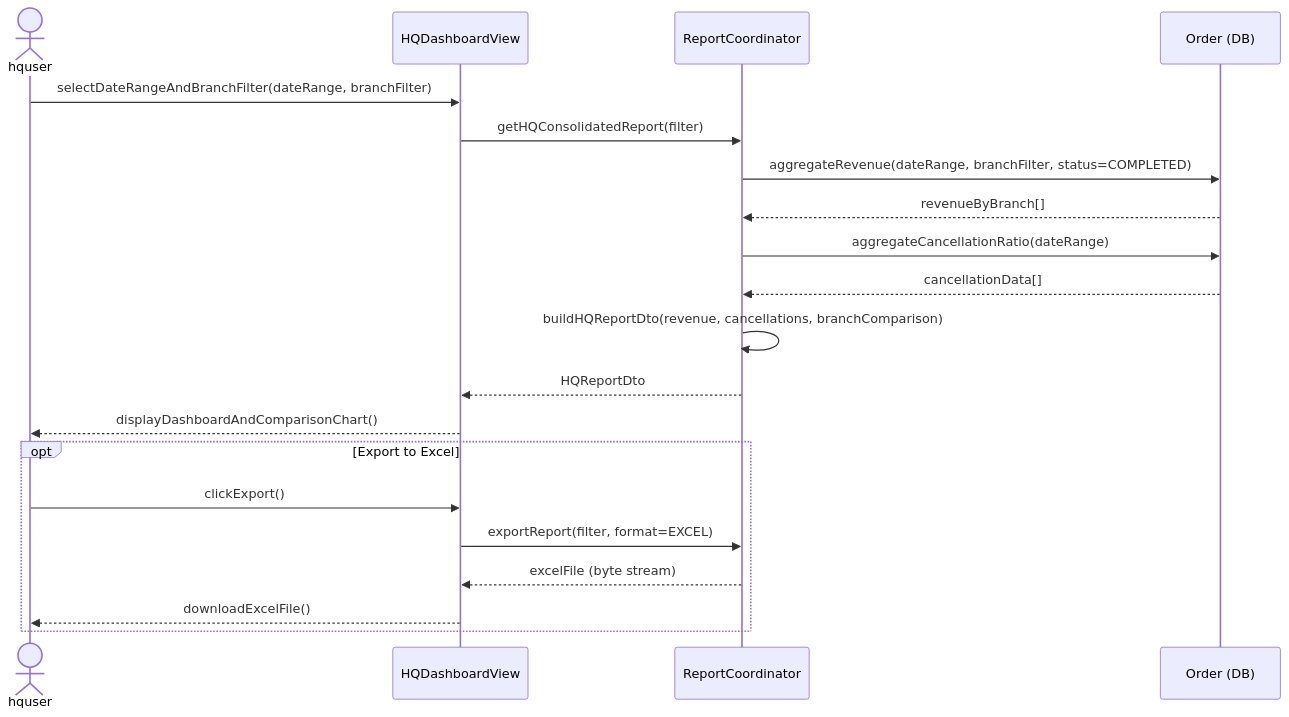
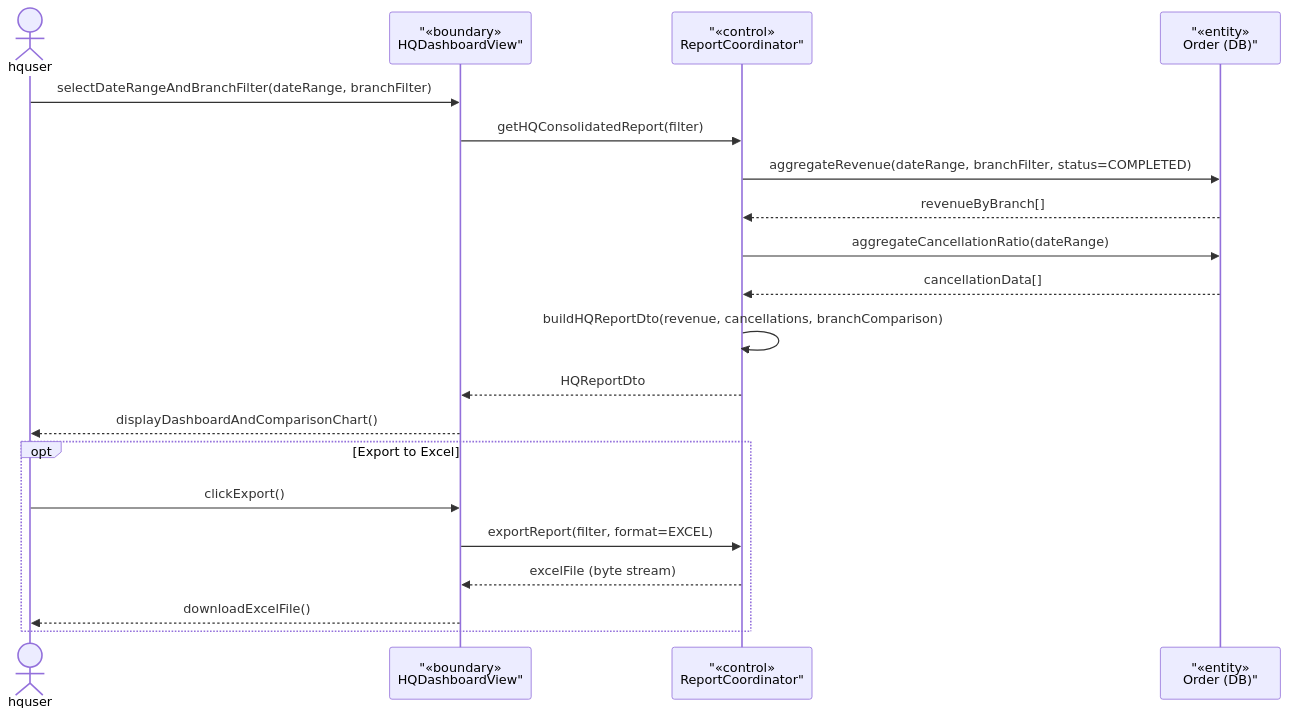
The second of 5 diagrams in rds_sections/13_detailed_3_10_reports.md (Shaichi/Khoga_coffe_shop), drawn with Mermaid before and after one commit. The commit also changed other lines of this file and 13 other files, not shown here.

````diff
--- a/rds_sections/13_detailed_3_10_reports.md
+++ b/rds_sections/13_detailed_3_10_reports.md
@@ -116,24 +116,24 @@
 ```mermaid
 sequenceDiagram
     actor hquser
-    participant HQDash as HQDashboardView
-    participant ReportCoord as ReportCoordinator
-    participant OrderDB as Order (DB)
+participant HQDash as "«boundary»<br/>HQDashboardView"
+participant ReportCoord as "«control»<br/>ReportCoordinator"
+participant OrderDB as "«entity»<br/>Order (DB)"
 
     hquser->>HQDash: selectDateRangeAndBranchFilter(dateRange, branchFilter)
     HQDash->>ReportCoord: getHQConsolidatedReport(filter)
     ReportCoord->>OrderDB: aggregateRevenue(dateRange, branchFilter, status=COMPLETED)
     OrderDB-->>ReportCoord: revenueByBranch[]
     ReportCoord->>OrderDB: aggregateCancellationRatio(dateRange)
     OrderDB-->>ReportCoord: cancellationData[]
     ReportCoord->>ReportCoord: buildHQReportDto(revenue, cancellations, branchComparison)
     ReportCoord-->>HQDash: HQReportDto
     HQDash-->>hquser: displayDashboardAndComparisonChart()
 
     opt Export to Excel
         hquser->>HQDash: clickExport()
         HQDash->>ReportCoord: exportReport(filter, format=EXCEL)
         ReportCoord-->>HQDash: excelFile (byte stream)
         HQDash-->>hquser: downloadExcelFile()
     end
 ```
````
